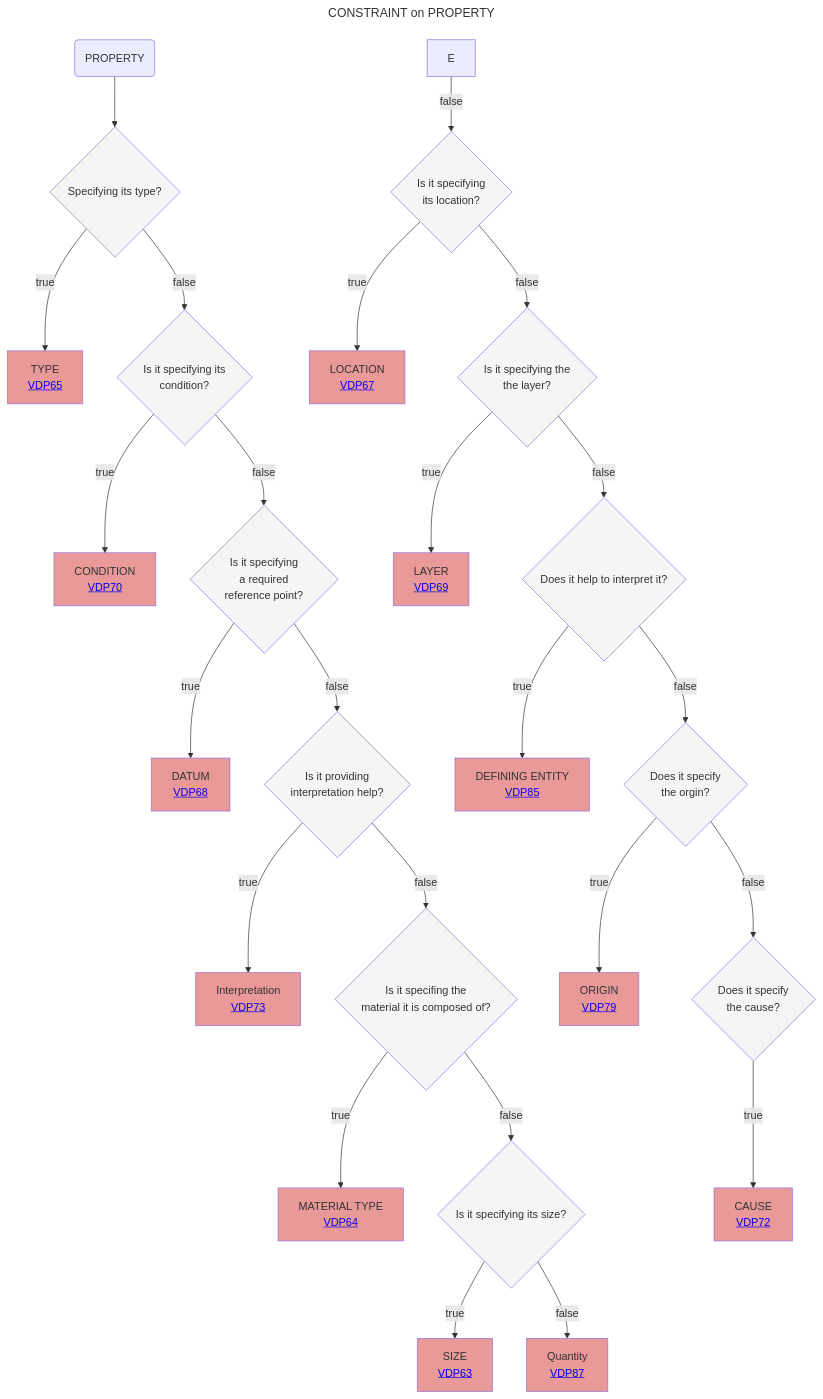
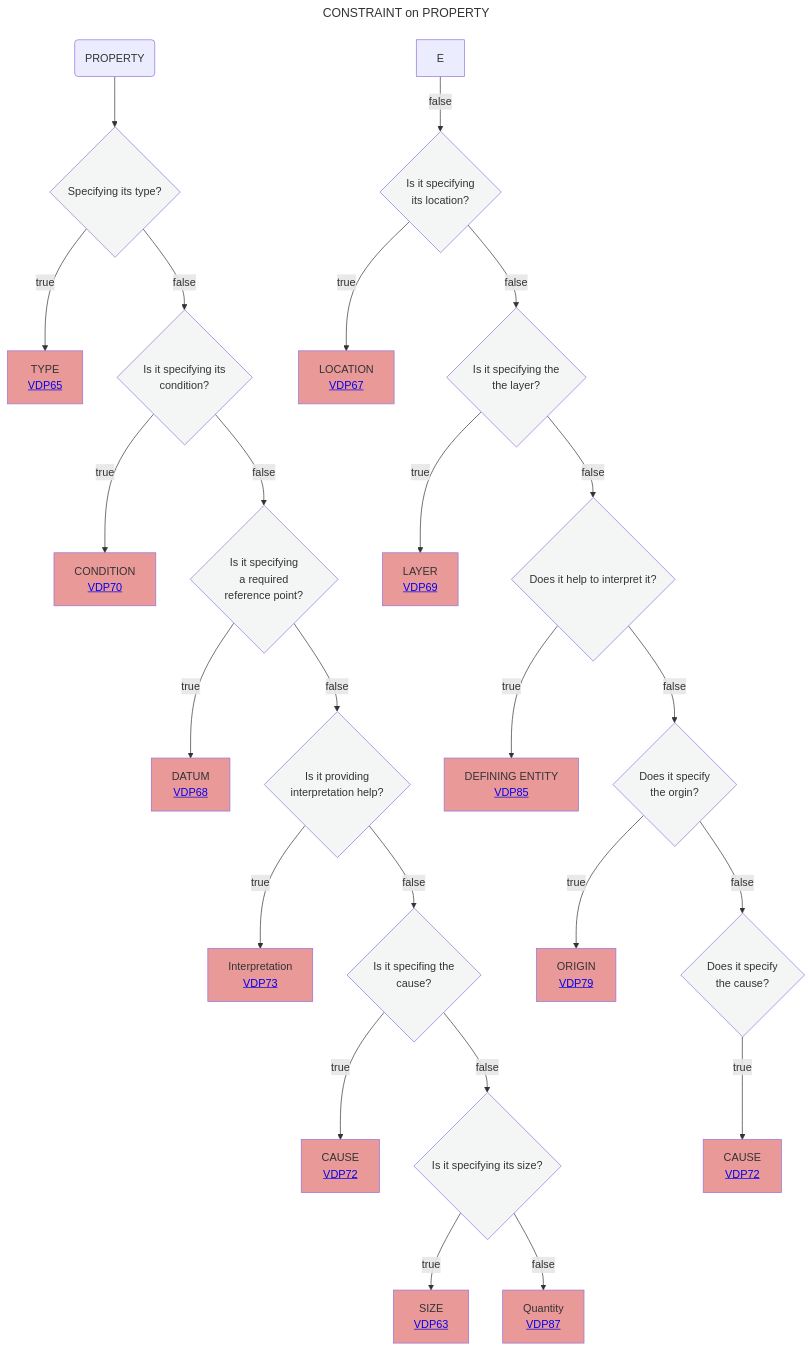
The diagram in Decisition_trees/DT9.mmd (mabablue/I-ADOPT-patterns-playground), drawn with Mermaid before and after one commit.

```diff
--- a/Decisition_trees/DT9.mmd
+++ b/Decisition_trees/DT9.mmd
@@ -1,32 +1,32 @@
 ---
 title: CONSTRAINT on PROPERTY
 ---
 flowchart TD
     A(PROPERTY)  --> B{Specifying its type?}:::white
     B --> |true|C[TYPE <br> <a href='https://github.com/mabablue/I-ADOPT-patterns-playground/blob/main/pattern/VDP65.yaml'>VDP65</a>]:::rose
     B --> |false|G{Is it specifying its <br> condition?}:::white
     E --> |false|R{Is it specifying <br> its location?}:::white
     G --> |true|H[CONDITION <br> <a href='https://github.com/mabablue/I-ADOPT-patterns-playground/blob/main/pattern/VDP70.yaml'>VDP70</a>]:::rose
     G --> |false|I{Is it specifying <br> a required <br> reference point?}:::white
     I --> |true|K[DATUM <br> <a href='https://github.com/mabablue/I-ADOPT-patterns-playground/blob/main/pattern/VDP68.yaml'>VDP68</a>]:::rose
     I --> |false|L{Is it providing <br> interpretation help?}:::white
     L --> |true|M[Interpretation <br> <a href='https://github.com/mabablue/I-ADOPT-patterns-playground/blob/main/pattern/VDP73.yaml'>VDP73</a>]:::rose
-    L --> |false|N{Is it specifing the <br> material it is composed of?}:::white
-    N --> |true|O[MATERIAL TYPE <br> <a href='https://github.com/mabablue/I-ADOPT-patterns-playground/blob/main/pattern/VDP64.yaml'>VDP64</a>]:::rose
+    L --> |false|N{Is it specifing the <br> cause?}:::white
+    N --> |true|O[CAUSE<br> <a href='https://github.com/mabablue/I-ADOPT-patterns-playground/blob/main/pattern/VDP72.yaml'>VDP72</a>]:::rose
     N --> |false|P{Is it specifying its size?}:::white
     P --> |true|Q[SIZE <br> <a href='https://github.com/mabablue/I-ADOPT-patterns-playground/blob/main/pattern/VDP63.yaml'>VDP63</a>]:::rose
     P --> |false|QR[Quantity <br> <a href='https://github.com/mabablue/I-ADOPT-patterns-playground/blob/main/pattern/VDP87.yaml'>VDP87</a>]:::rose 
     R --> |true|S[LOCATION <br> <a href='https://github.com/mabablue/I-ADOPT-patterns-playground/blob/main/pattern/VDP67.yaml'>VDP67</a>]:::rose 
     R --> |false|T{Is it specifying the <br> the layer?}:::white
     T --> |true|U[LAYER <br> <a href='https://github.com/mabablue/I-ADOPT-patterns-playground/blob/main/pattern/VDP69.yaml'>VDP69</a>]:::rose
     T --> |false|V{Does it help to interpret it?}:::white
     V --> |true|W[DEFINING ENTITY <br> <a href='https://github.com/mabablue/I-ADOPT-patterns-playground/blob/main/pattern/VDP85.yaml'>VDP85</a>]:::rose
     V --> |false|VW{Does it specify <br> the orgin?}:::white
     VW --> |true|WV[ORIGIN <br> <a href='https://github.com/mabablue/I-ADOPT-patterns-playground/blob/main/pattern/VDP79.yaml'>VDP79</a>]:::rose
     VW --> |false|X{Does it specify <br> the cause?}:::white
     X --> |true|Y[CAUSE <br> <a href='https://github.com/mabablue/I-ADOPT-patterns-playground/blob/main/pattern/VDP72.yaml'>VDP72</a>]:::rose
    classDef blue fill:#90D5FF
    classDef satblue fill:#57B9FF 
    classDef white fill:#f3f6f4
    classDef green fill:#6aa84f
    classDef rose fill:#ea9999
```
